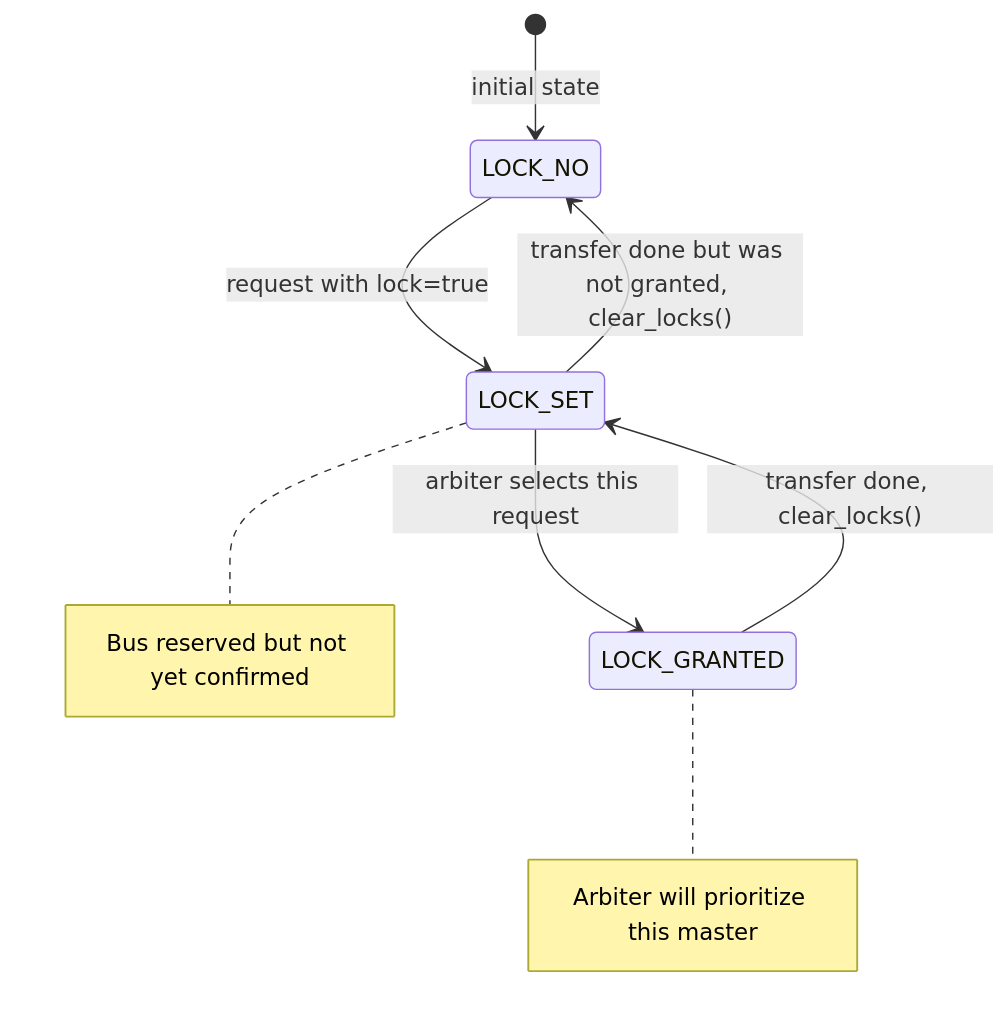
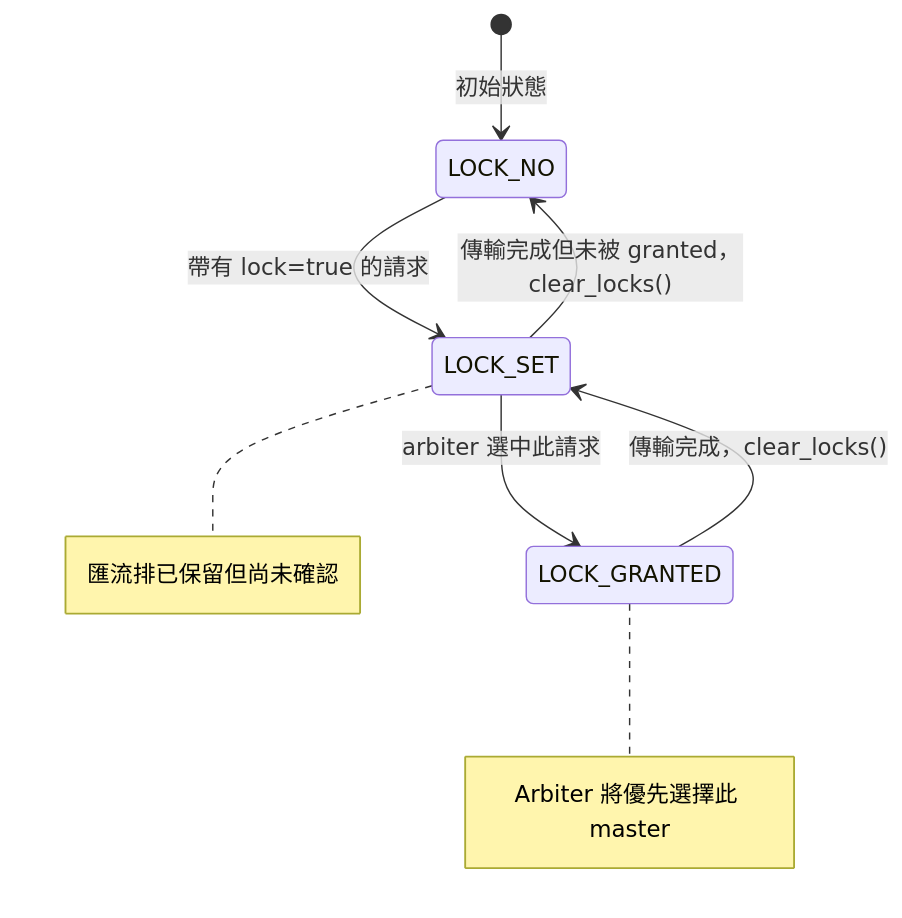
The fourth of 4 diagrams in doc_v2/examples/code/sysc/simple_bus/simple-bus.md (abc1199281lab-cmd/systemc_notes), drawn with Mermaid before and after one commit. The commit also changed other lines of this file and 8 other files, not shown here.

````diff
--- a/doc_v2/examples/code/sysc/simple_bus/simple-bus.md
+++ b/doc_v2/examples/code/sysc/simple_bus/simple-bus.md
@@ -178,12 +178,12 @@
 ```mermaid
 stateDiagram-v2
-    [*] --> LOCK_NO : initial state
+    [*] --> LOCK_NO : 初始狀態
 
-    LOCK_NO --> LOCK_SET : request with lock=true
-    LOCK_SET --> LOCK_GRANTED : arbiter selects this request
-    LOCK_GRANTED --> LOCK_SET : transfer done, clear_locks()
-    LOCK_SET --> LOCK_NO : transfer done but was not granted, clear_locks()
+    LOCK_NO --> LOCK_SET : 帶有 lock=true 的請求
+    LOCK_SET --> LOCK_GRANTED : arbiter 選中此請求
+    LOCK_GRANTED --> LOCK_SET : 傳輸完成，clear_locks()
+    LOCK_SET --> LOCK_NO : 傳輸完成但未被 granted，clear_locks()
 
-    note right of LOCK_SET : Bus reserved but not yet confirmed
-    note right of LOCK_GRANTED : Arbiter will prioritize this master
+    note right of LOCK_SET : 匯流排已保留但尚未確認
+    note right of LOCK_GRANTED : Arbiter 將優先選擇此 master
 ```
````
